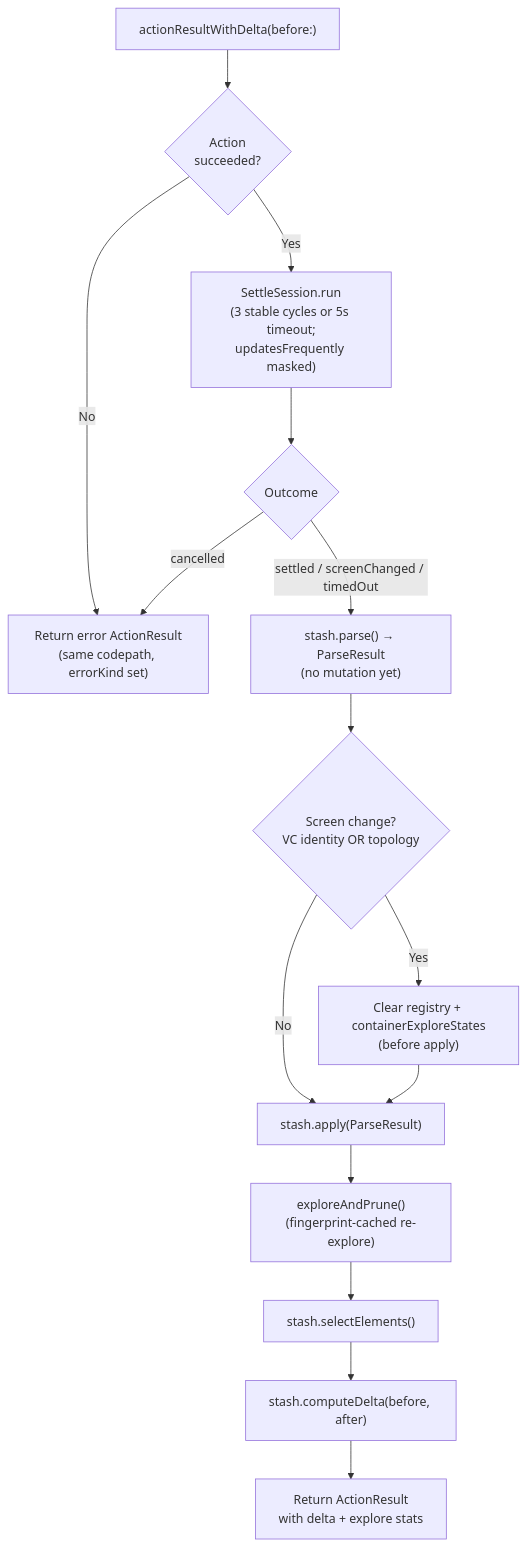
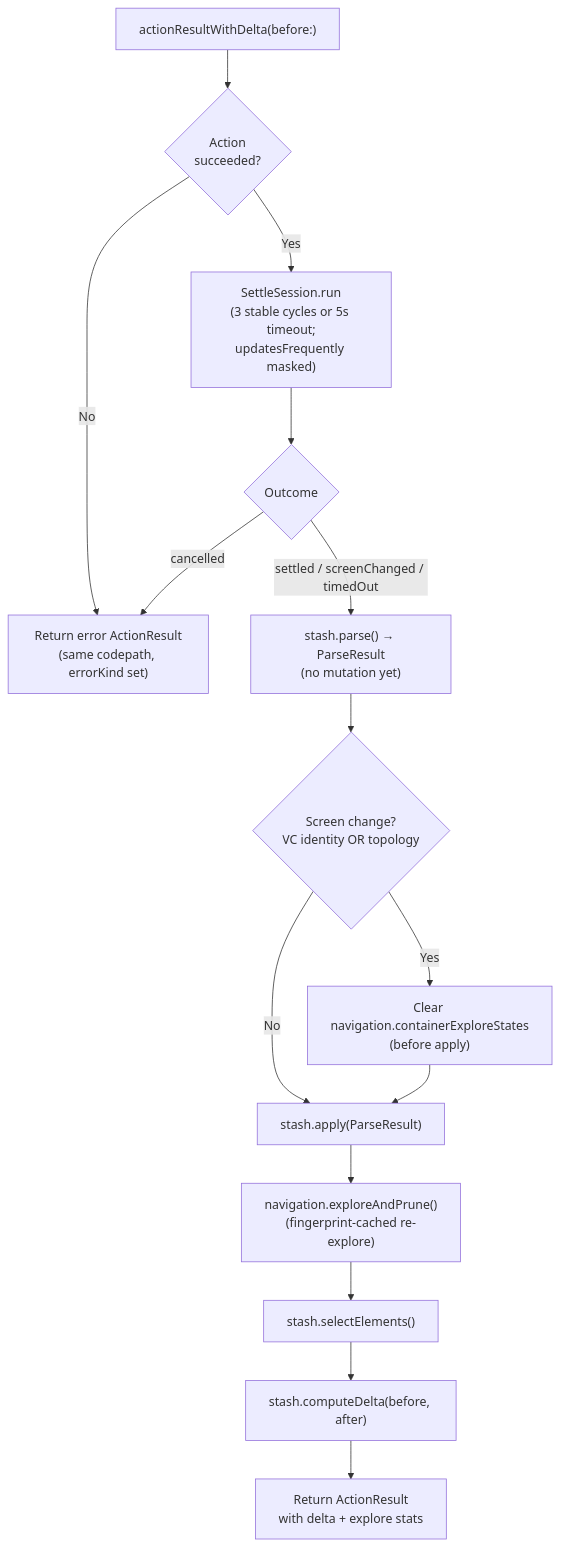
Before and after one commit to RoyalPineapple/TheButtonHeist: the third of 3 diagrams in docs/dossiers/13-THEBRAINS.md, drawn with Mermaid. The commit also changed other lines of this file and 9 other files, not shown here.

````diff
--- a/docs/dossiers/13-THEBRAINS.md
+++ b/docs/dossiers/13-THEBRAINS.md
@@ -79,19 +95,19 @@
 ```mermaid
 flowchart TD
     A["actionResultWithDelta(before:)"] --> B{Action<br/>succeeded?}
     B -->|No| C["Return error ActionResult<br/>(same codepath, errorKind set)"]
     B -->|Yes| D["SettleSession.run<br/>(3 stable cycles or 5s timeout;<br/>updatesFrequently masked)"]
     D --> CANC{Outcome}
     CANC -->|cancelled| C
     CANC -->|settled / screenChanged / timedOut| E["stash.parse() → ParseResult<br/>(no mutation yet)"]
 
     E --> F{Screen change?<br/>VC identity OR topology}
-    F -->|Yes| G["Clear registry + containerExploreStates<br/>(before apply)"]
+    F -->|Yes| G["Clear navigation.containerExploreStates<br/>(before apply)"]
     F -->|No| H["stash.apply(ParseResult)"]
     G --> H
 
-    H --> I["exploreAndPrune()<br/>(fingerprint-cached re-explore)"]
+    H --> I["navigation.exploreAndPrune()<br/>(fingerprint-cached re-explore)"]
     I --> J["stash.selectElements()"]
     J --> K["stash.computeDelta(before, after)"]
     K --> L["Return ActionResult<br/>with delta + explore stats"]
 ```
````
